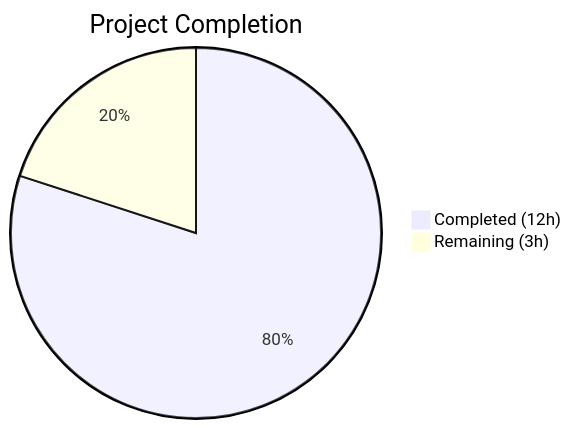
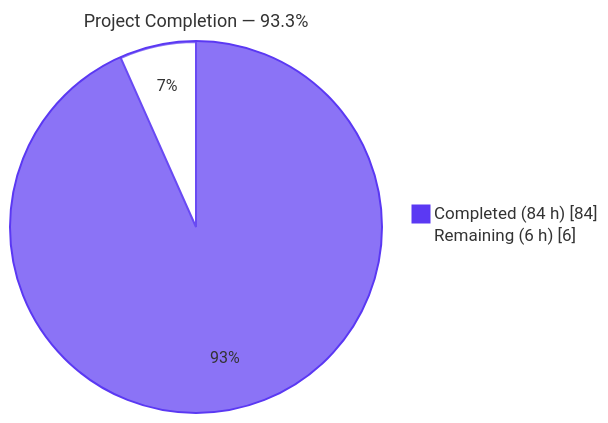
Before and after one commit to Blitzy-Sandbox/blitzy-formbricks: the first of 3 diagrams in blitzy/documentation/Project Guide.md, drawn with Mermaid. The commit also changed other lines of this file, not shown here.

Commit message:
Adding Blitzy Project Guide: Project Status and Human Tasks Remaining

````diff
--- a/blitzy/documentation/Project Guide.md
+++ b/blitzy/documentation/Project Guide.md
@@ -13,5 +12,6 @@
 ```mermaid
-pie title Project Completion
-    "Completed (12h)" : 12
-    "Remaining (3h)" : 3
+%%{init: {'theme':'base','themeVariables':{'pie1':'#5B39F3','pie2':'#FFFFFF','pieStrokeColor':'#5B39F3','pieOuterStrokeColor':'#5B39F3','pieTitleTextSize':'18px','pieSectionTextSize':'16px'}}}%%
+pie showData title Project Completion — 93.3%
+    "Completed (84 h)" : 84
+    "Remaining (6 h)" : 6
 ```
````
